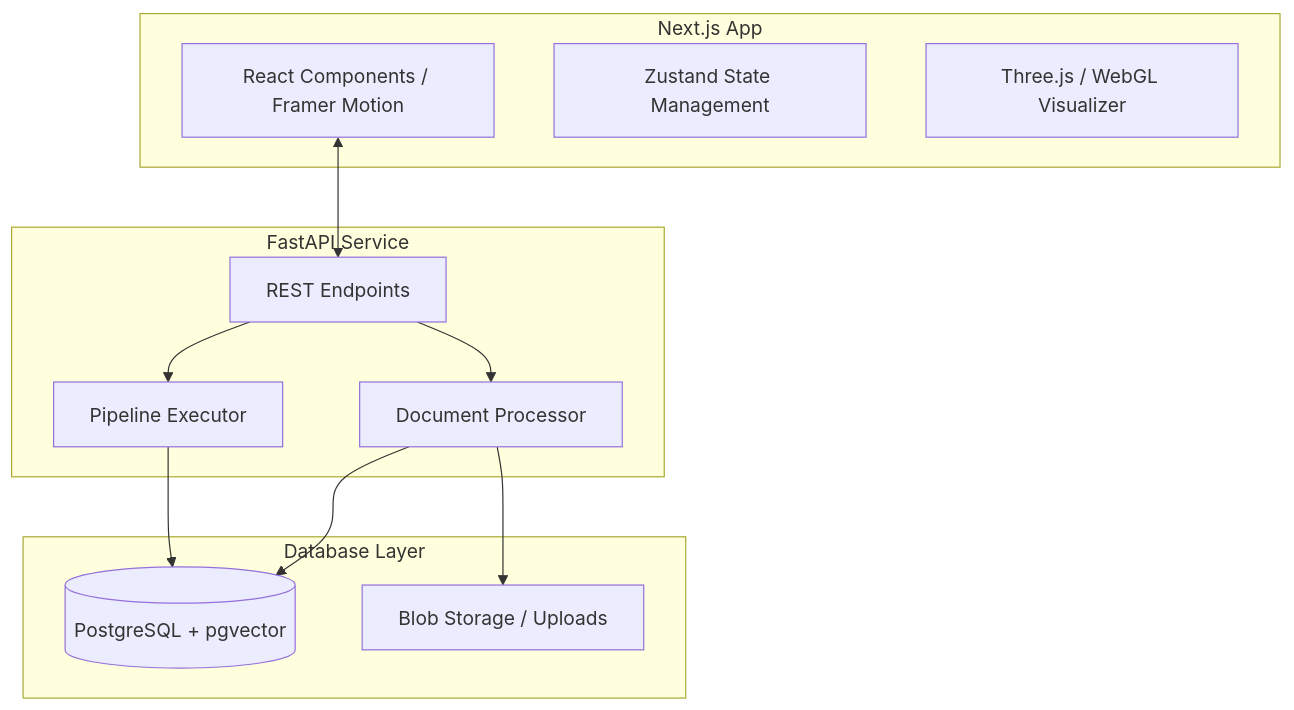
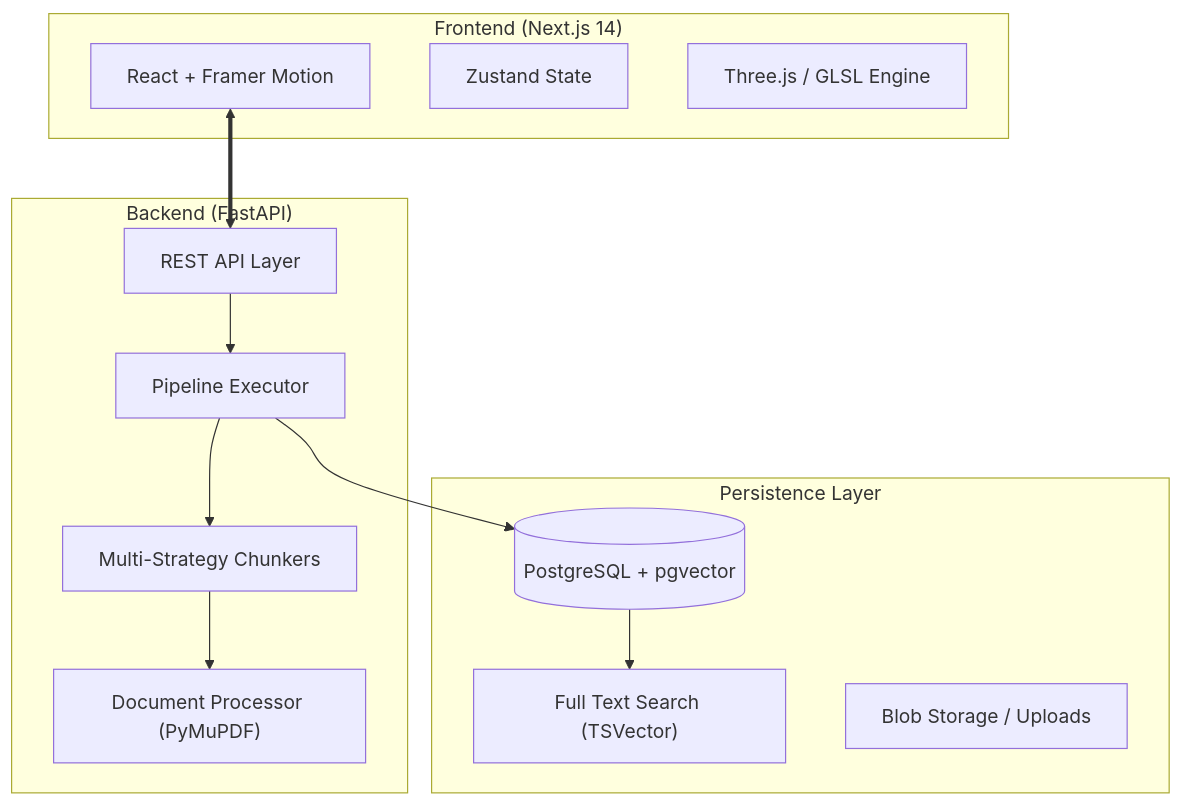
The diagram in README.md (1Ash0/chunkscope), drawn with Mermaid before and after one commit. The commit also changed other lines of this file, not shown here.

Commit message:
docs: upgrade README with detailed architecture and tech specs

````diff
--- a/README.md
+++ b/README.md
@@ -31,26 +49,28 @@
 ```mermaid
 graph TD
-    subgraph Frontend [Next.js App]
-        UI[React Components / Framer Motion]
-        Store[Zustand State Management]
-        Three[Three.js / WebGL Visualizer]
+    subgraph Client ["Frontend (Next.js 14)"]
+        UI["React + Framer Motion"]
+        Store["Zustand State"]
+        Engine3D["Three.js / GLSL Engine"]
     end
 
-    subgraph Backend [FastAPI Service]
-        API[REST Endpoints]
-        Engine[Pipeline Executor]
-        Proc[Document Processor]
+    subgraph Service ["Backend (FastAPI)"]
+        API["REST API Layer"]
+        Executor["Pipeline Executor"]
+        Worker["Document Processor (PyMuPDF)"]
+        Chnk["Multi-Strategy Chunkers"]
     end
 
-    subgraph Storage [Database Layer]
-        PG[(PostgreSQL + pgvector)]
-        Files[Blob Storage / Uploads]
+    subgraph Data ["Persistence Layer"]
+        PG[("PostgreSQL + pgvector")]
+        FTS["Full Text Search (TSVector)"]
+        S3["Blob Storage / Uploads"]
     end
 
-    UI <--> API
-    API --> Engine
-    API --> Proc
-    Engine --> PG
-    Proc --> PG
-    Proc --> Files
+    UI <==> API
+    API --> Executor
+    Executor --> Chnk
+    Chnk --> Worker
+    Executor --> PG
+    PG --> FTS
 ```
````
